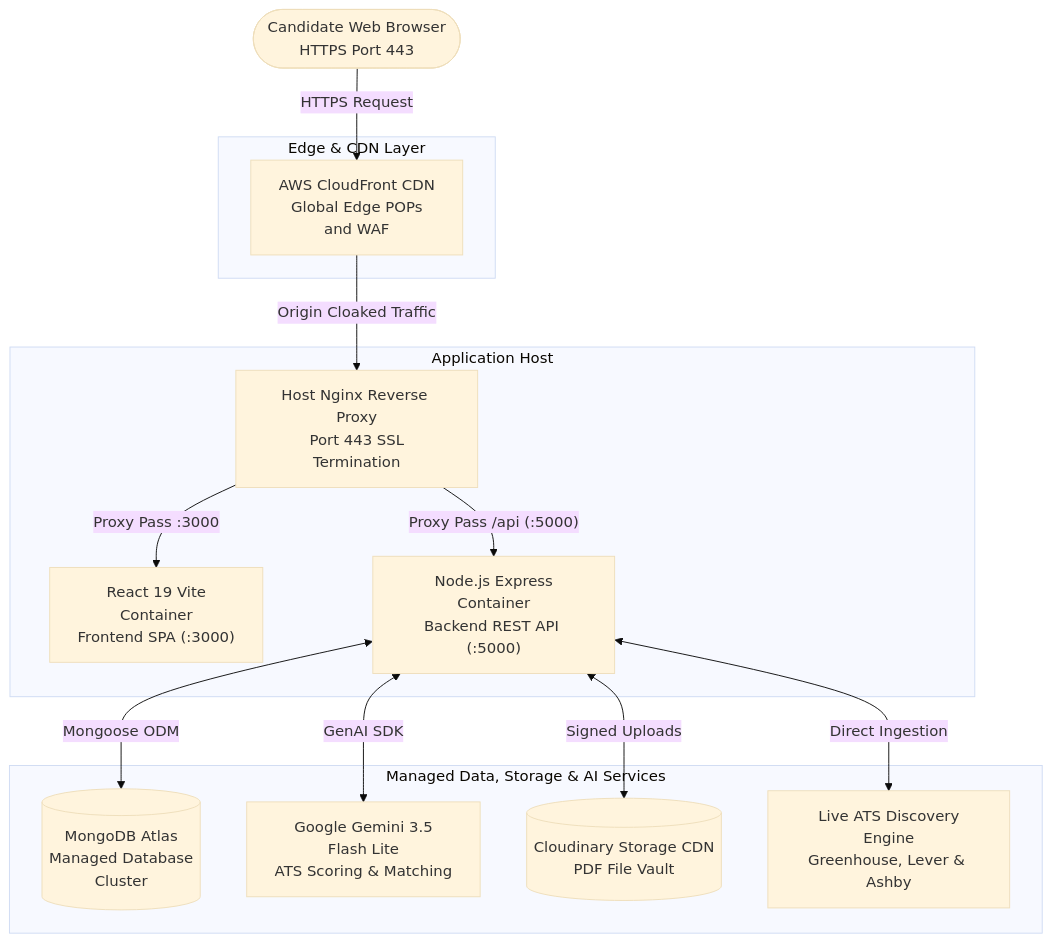
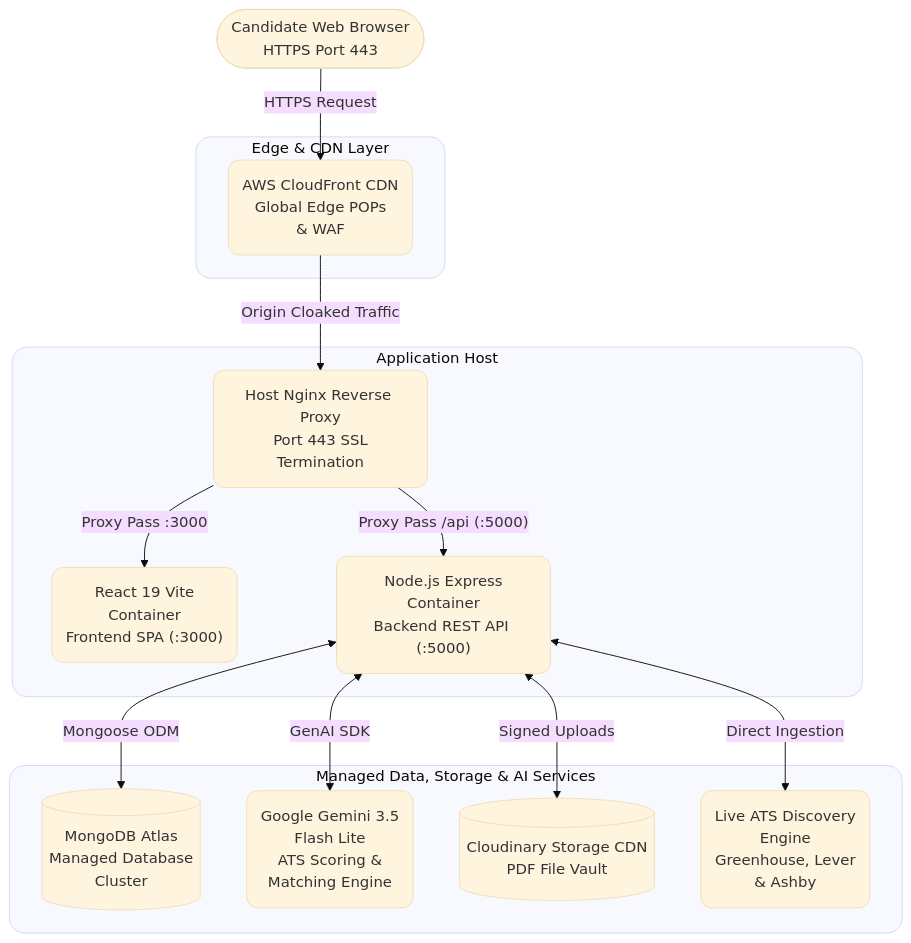
Before and after one commit to TusharSaini999/Resume-Saathi: the first of 2 diagrams in README.md, drawn with Mermaid (base theme).

Commit message:
Update flowchart syntax in README.md

````diff
--- a/README.md
+++ b/README.md
@@ -20,30 +20,37 @@
 ```mermaid
 flowchart TD
   User(["Candidate Web Browser<br/>HTTPS Port 443"])
 
   subgraph Edge["Edge & CDN Layer"]
-    CF["AWS CloudFront CDN<br/>Global Edge POPs<br/>and WAF"]
+    CF("AWS CloudFront CDN<br/>Global Edge POPs<br/>& WAF")
   end
 
   subgraph Host["Application Host"]
-    Nginx["Host Nginx Reverse Proxy<br/>Port 443 SSL<br/>Termination"]
-    FE["React 19 Vite<br/>Container<br/>Frontend SPA (:3000)"]
-    BE["Node.js Express<br/>Container<br/>Backend REST API (:5000)"]
+    Nginx("Host Nginx Reverse Proxy<br/>Port 443 SSL<br/>Termination")
+    FE("React 19 Vite<br/>Container<br/>Frontend SPA (:3000)")
+    BE("Node.js Express<br/>Container<br/>Backend REST API (:5000)")
   end
 
   subgraph Services["Managed Data, Storage & AI Services"]
     DB[("MongoDB Atlas<br/>Managed Database<br/>Cluster")]
-    AI["Google Gemini 3.5<br/>Flash Lite<br/>ATS Scoring & Matching"]
+    AI("Google Gemini 3.5<br/>Flash Lite<br/>ATS Scoring &<br/>Matching Engine")
     Cloudinary[("Cloudinary Storage CDN<br/>PDF File Vault")]
-    ATS["Live ATS Discovery<br/>Engine<br/>Greenhouse, Lever & Ashby"]
+    ATS("Live ATS Discovery<br/>Engine<br/>Greenhouse, Lever<br/>& Ashby")
   end
 
   User -->|"HTTPS Request"| CF
   CF -->|"Origin Cloaked Traffic"| Nginx
   Nginx -->|"Proxy Pass :3000"| FE
   Nginx -->|"Proxy Pass /api (:5000)"| BE
   BE <-->|"Mongoose ODM"| DB
   BE <-->|"GenAI SDK"| AI
   BE <-->|"Signed Uploads"| Cloudinary
   BE <-->|"Direct Ingestion"| ATS
+
+  classDef roundedBox rx:12px,ry:12px
+  class CF,Nginx,FE,BE,AI,ATS roundedBox
+
+  style Edge rx:16px,ry:16px
+  style Host rx:16px,ry:16px
+  style Services rx:16px,ry:16px
 ```
````
